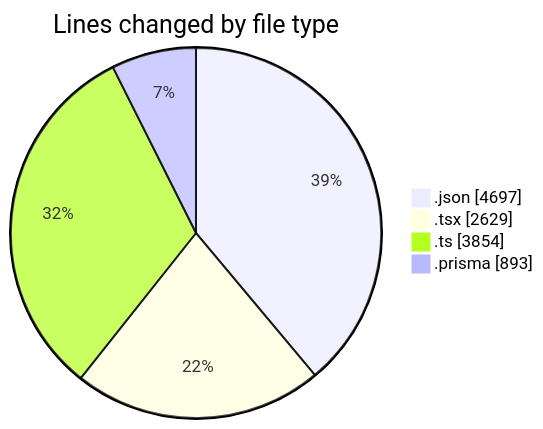
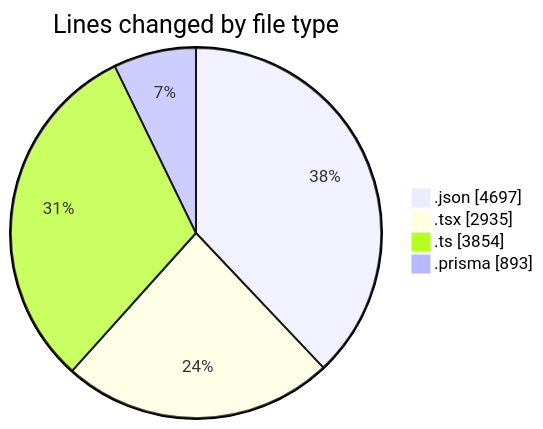
The first of 2 diagrams in 2025-05-05/ecodeli/README.md (CELIANVF/code-tracking), drawn with Mermaid before and after one commit. The commit also changed other lines of this file and 1 other file, not shown here.

````diff
--- a/2025-05-05/ecodeli/README.md
+++ b/2025-05-05/ecodeli/README.md
@@ -45,8 +46,8 @@
 ```mermaid
 pie showData
 title Lines changed by file type
 ".json" : 4697
-".tsx" : 2629
+".tsx" : 2935
 ".ts" : 3854
 ".prisma" : 893
 ```
````
